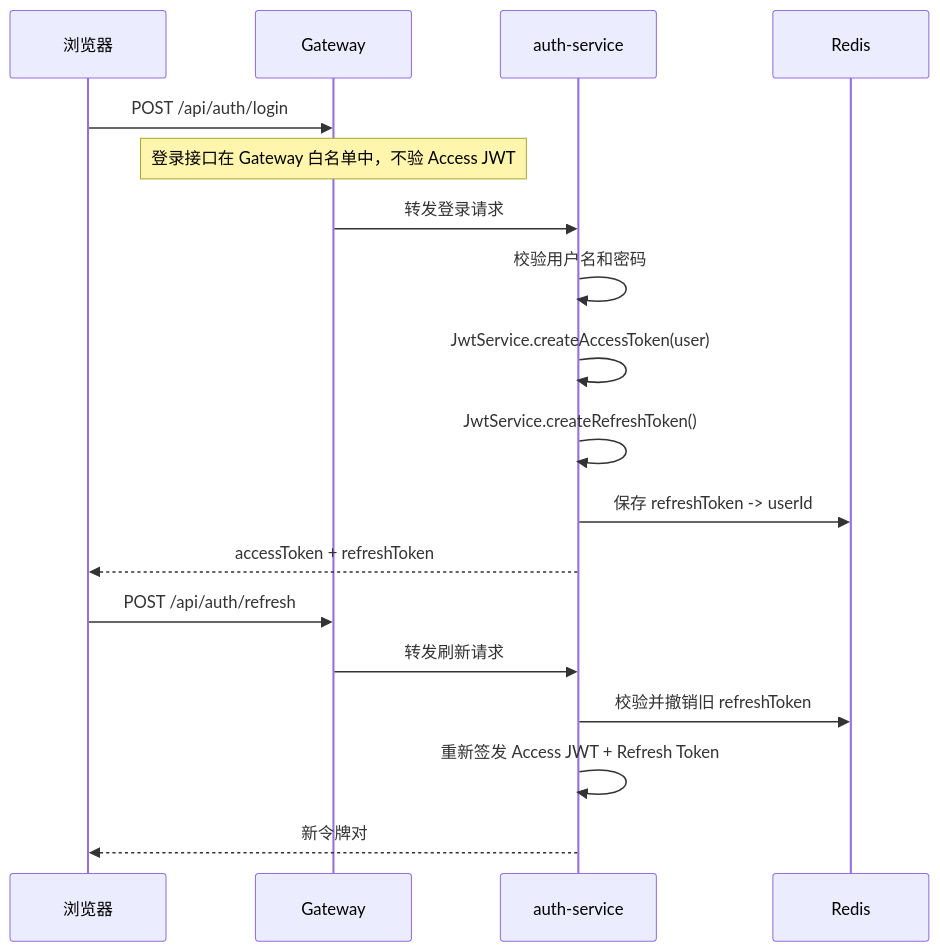
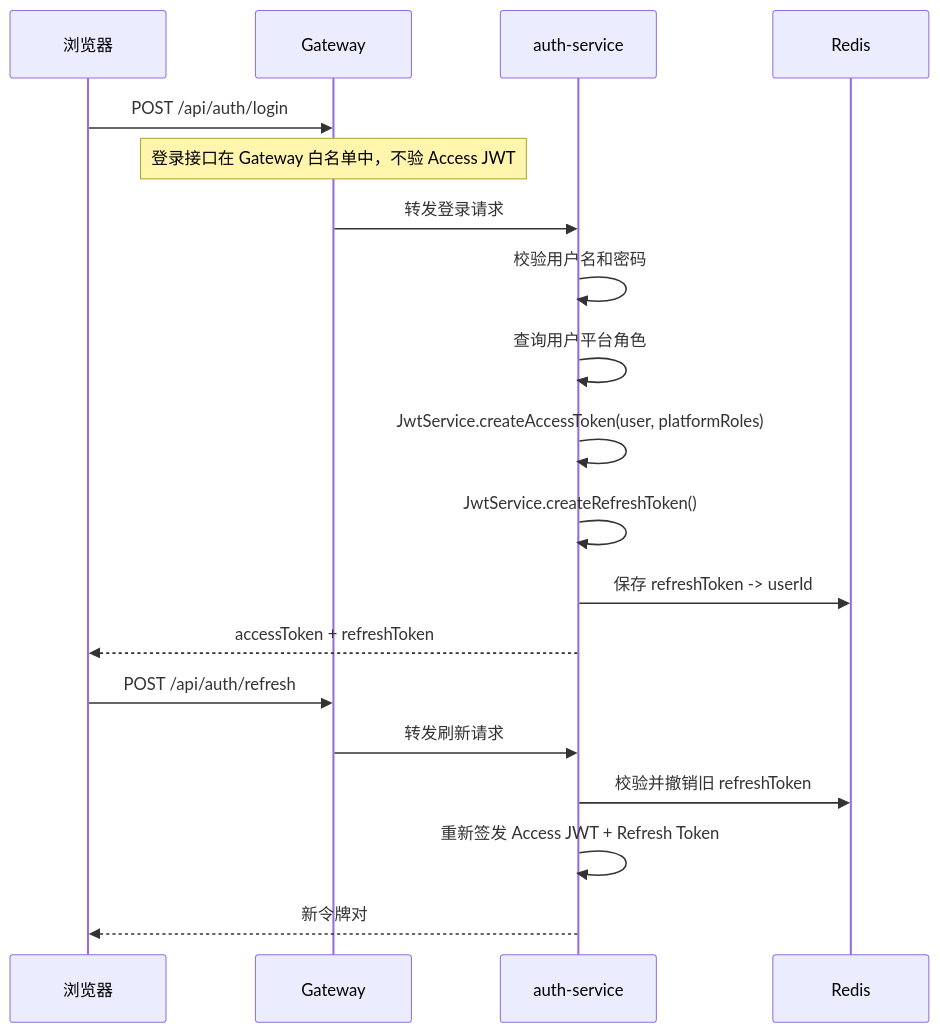
One commit to xiaowu0203/Agent-Doc-Workbench changed the second of 7 diagrams in docs/auth-signature-verification-flow.md. Above: the diagram before and after it, drawn with Mermaid. The commit also changed other lines of this file and 7 other files, not shown here.

````diff
--- a/docs/auth-signature-verification-flow.md
+++ b/docs/auth-signature-verification-flow.md
@@ -58,22 +58,23 @@
 ```mermaid
 sequenceDiagram
     participant U as 浏览器
     participant G as Gateway
     participant A as auth-service
     participant R as Redis
 
     U->>G: POST /api/auth/login
     Note over G: 登录接口在 Gateway 白名单中，不验 Access JWT
     G->>A: 转发登录请求
     A->>A: 校验用户名和密码
-    A->>A: JwtService.createAccessToken(user)
+    A->>A: 查询用户平台角色
+    A->>A: JwtService.createAccessToken(user, platformRoles)
     A->>A: JwtService.createRefreshToken()
     A->>R: 保存 refreshToken -> userId
     A-->>U: accessToken + refreshToken
 
     U->>G: POST /api/auth/refresh
     G->>A: 转发刷新请求
     A->>R: 校验并撤销旧 refreshToken
     A->>A: 重新签发 Access JWT + Refresh Token
     A-->>U: 新令牌对
 ```
````
